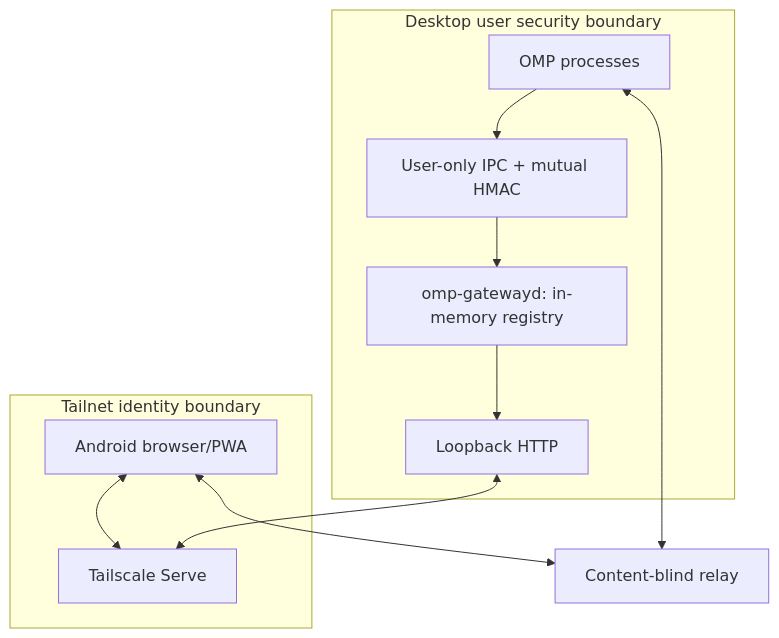
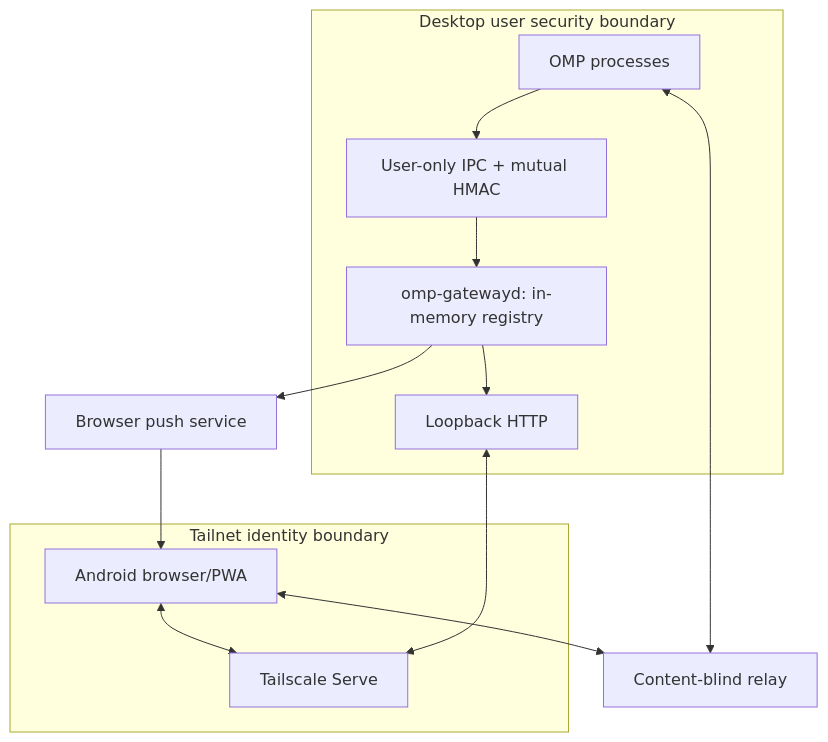
One commit to alphastorm/omp-session-gateway changed the diagram in docs/ARCHITECTURE.md. Above: the diagram before and after it, drawn with Mermaid. The commit also changed other lines of this file and 48 other files, not shown here.

````diff
--- a/docs/ARCHITECTURE.md
+++ b/docs/ARCHITECTURE.md
@@ -163,20 +177,21 @@
 ```mermaid
 flowchart TB
     subgraph DesktopUser[Desktop user security boundary]
       OMP[OMP processes]
       IPC[User-only IPC + mutual HMAC]
       GATEWAY[omp-gatewayd: in-memory registry]
       HTTP[Loopback HTTP]
       OMP --> IPC --> GATEWAY --> HTTP
     end
 
     subgraph Tailnet[Tailnet identity boundary]
       SERVE[Tailscale Serve]
       PHONE[Android browser/PWA]
       PHONE <--> SERVE
     end
 
     HTTP <--> SERVE
     OMP <--> RELAY[Content-blind relay]
+    GATEWAY --> PUSH[Browser push service] --> PHONE
     PHONE <--> RELAY
 ```
````
